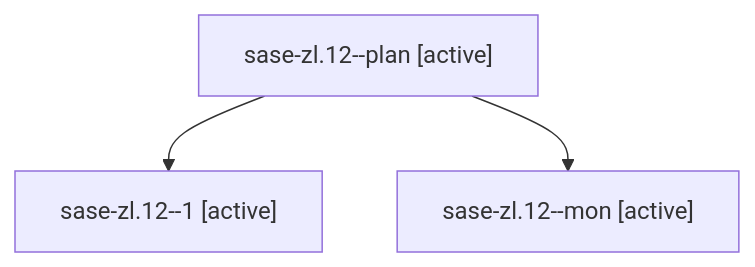
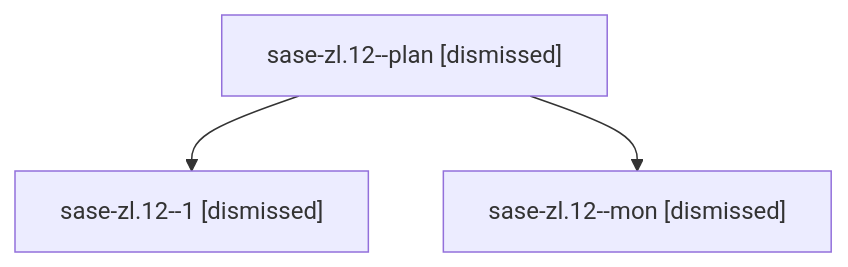
Before and after one commit to sase-org/sase--agents: the diagram in sessions/bbugyi200.athena.sase-zl.12.md, drawn with Mermaid. The commit also changed other lines of this file and 211 other files, not shown here.

````diff
--- a/sessions/bbugyi200.athena.sase-zl.12.md
+++ b/sessions/bbugyi200.athena.sase-zl.12.md
@@ -9,8 +9,8 @@
 ```mermaid
 flowchart TD
-  n0["sase-zl.12--plan [active]"]
-  n1["sase-zl.12--1 [active]"]
+  n0["sase-zl.12--plan [dismissed]"]
+  n1["sase-zl.12--1 [dismissed]"]
   n0 --> n1
-  n2["sase-zl.12--mon [active]"]
+  n2["sase-zl.12--mon [dismissed]"]
   n0 --> n2
 ```
````
